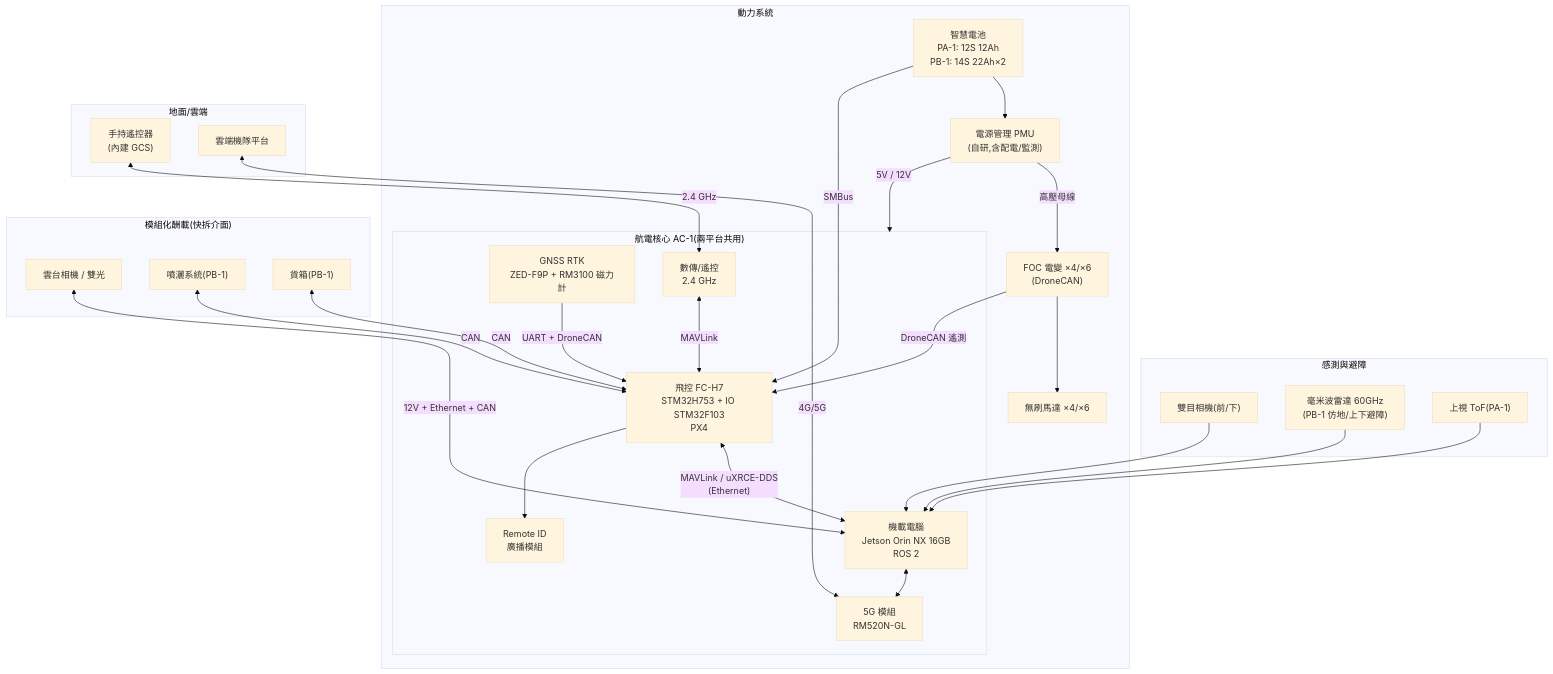
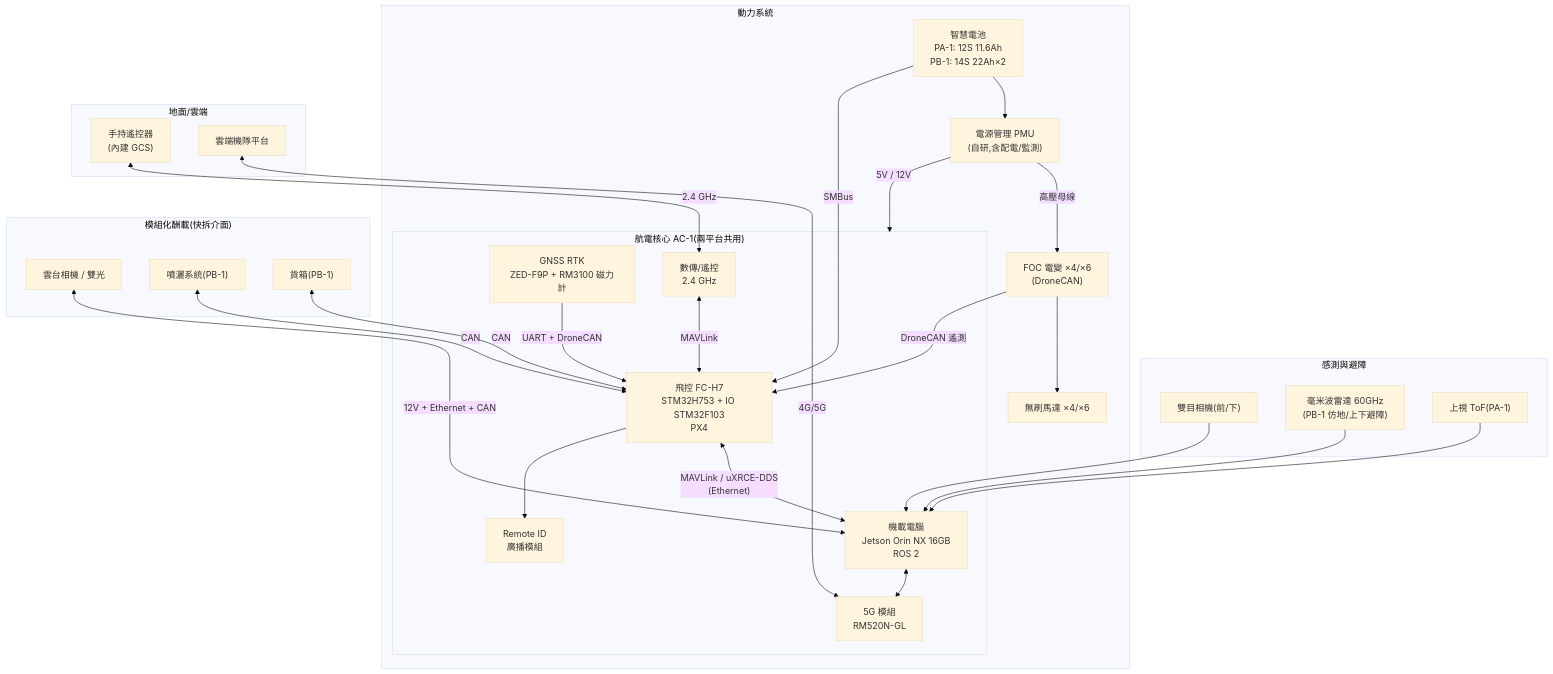
The first of 2 diagrams in docs/10-hardware/system-architecture.md (x812033727/drone), drawn with Mermaid (base theme) before and after one commit. The commit also changed other lines of this file and 5 other files, not shown here.

````diff
--- a/docs/10-hardware/system-architecture.md
+++ b/docs/10-hardware/system-architecture.md
@@ -9,54 +9,54 @@
 ```mermaid
 flowchart TB
     subgraph AVIONICS["航電核心 AC-1(兩平台共用)"]
         FC["飛控 FC-H7<br/>STM32H753 + IO STM32F103<br/>PX4"]
         CC["機載電腦<br/>Jetson Orin NX 16GB<br/>ROS 2"]
         GNSS["GNSS RTK<br/>ZED-F9P + RM3100 磁力計"]
         RADIO["數傳/遙控<br/>2.4 GHz"]
         LTE["5G 模組<br/>RM520N-GL"]
         RID["Remote ID<br/>廣播模組"]
         FC <-->|"MAVLink / uXRCE-DDS<br/>(Ethernet)"| CC
         GNSS -->|UART + DroneCAN| FC
         RADIO <-->|MAVLink| FC
         CC <--> LTE
         FC --> RID
     end
 
     subgraph SENSORS["感測與避障"]
         STEREO["雙目相機(前/下)"]
         RADAR["毫米波雷達 60GHz<br/>(PB-1 仿地/上下避障)"]
         TOF["上視 ToF(PA-1)"]
         STEREO --> CC
         RADAR --> CC
         TOF --> CC
     end
 
     subgraph POWER["動力系統"]
-        BATT["智慧電池<br/>PA-1: 12S 12Ah<br/>PB-1: 14S 22Ah×2"]
+        BATT["智慧電池<br/>PA-1: 12S 11.6Ah<br/>PB-1: 14S 22Ah×2"]
         PMU["電源管理 PMU<br/>(自研,含配電/監測)"]
         ESC["FOC 電變 ×4/×6<br/>(DroneCAN)"]
         MOTOR["無刷馬達 ×4/×6"]
         BATT --> PMU
         PMU -->|高壓母線| ESC
         ESC --> MOTOR
         PMU -->|"5V / 12V"| AVIONICS
         ESC -->|DroneCAN 遙測| FC
         BATT -->|SMBus| FC
     end
 
     subgraph PAYLOAD["模組化酬載(快拆介面)"]
         GIMBAL["雲台相機 / 雙光"]
         SPRAY["噴灑系統(PB-1)"]
         CARGO["貨箱(PB-1)"]
         GIMBAL <-->|"12V + Ethernet + CAN"| CC
         SPRAY <-->|CAN| FC
         CARGO <-->|CAN| FC
     end
 
     subgraph GROUND["地面/雲端"]
         RC["手持遙控器<br/>(內建 GCS)"]
         CLOUD["雲端機隊平台"]
         RC <-->|2.4 GHz| RADIO
         CLOUD <-->|"4G/5G"| LTE
     end
 ```
````
